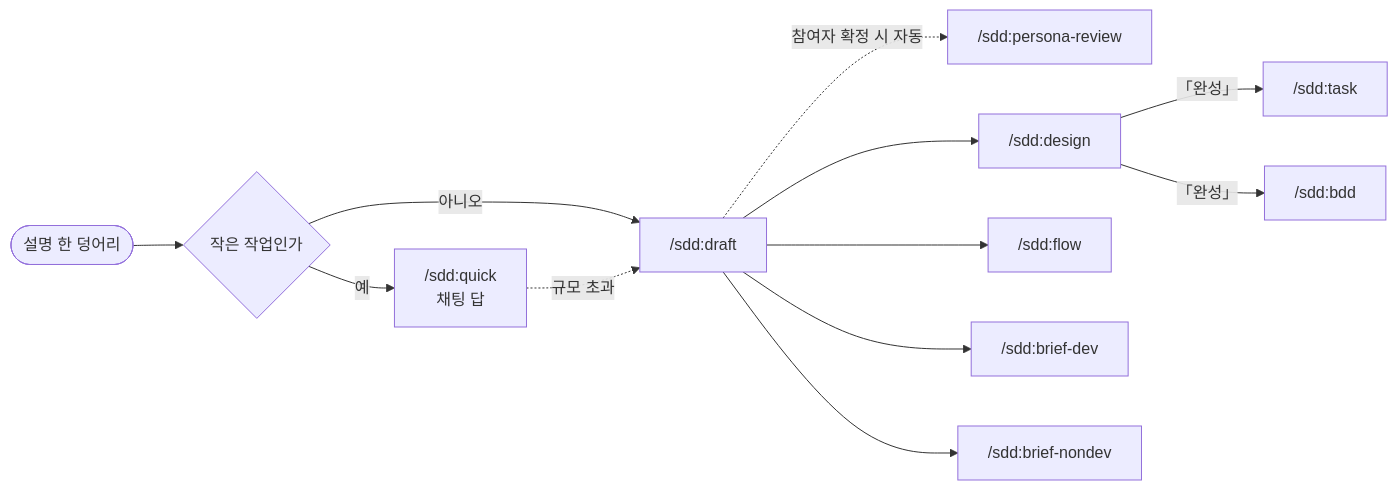
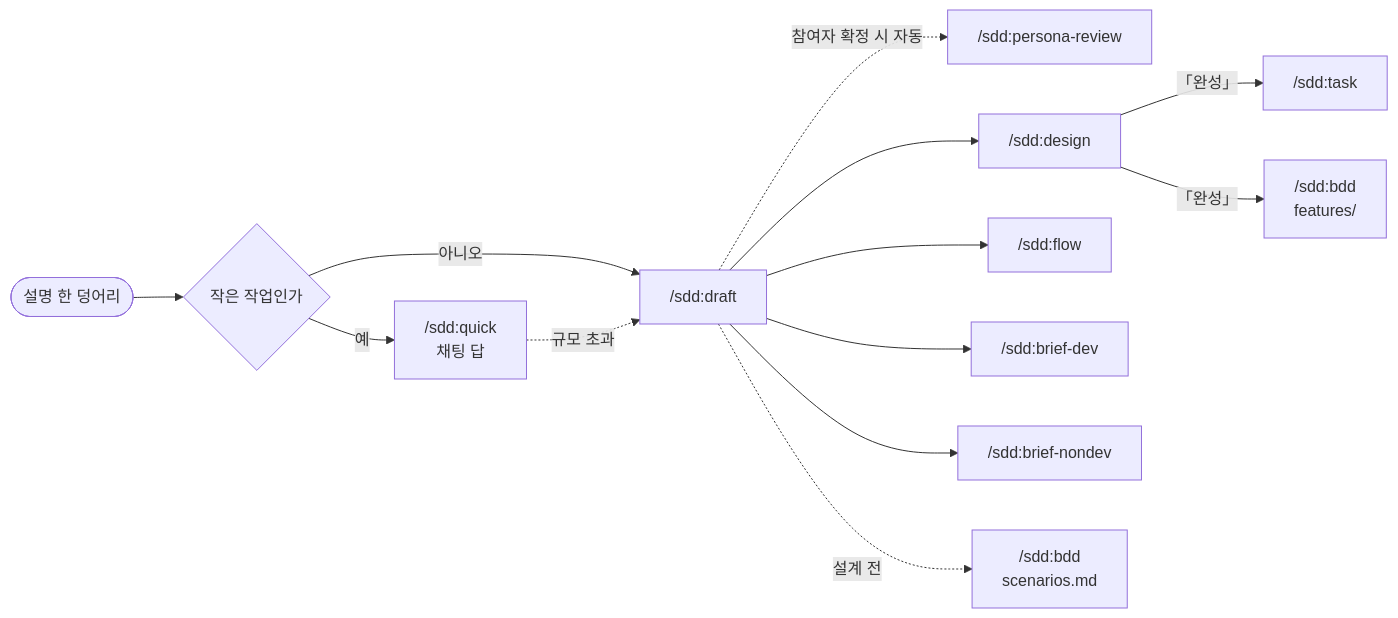
Before and after one commit to dorage/product-skills: the diagram in plugins/sdd/WORKFLOW.md, drawn with Mermaid. The commit also changed other lines of this file and 3 other files, not shown here.

Commit message:
docs(sdd):bdd 두 경로를 흐름 문서에 알리려고 0.9.0 갱신

````diff
--- a/plugins/sdd/WORKFLOW.md
+++ b/plugins/sdd/WORKFLOW.md
@@ -12,14 +12,15 @@
 ```mermaid
 flowchart LR
     start([설명 한 덩어리]) --> size{작은 작업인가}
     size -- 예 --> quick["/sdd:quick<br/>채팅 답"]
     size -- 아니오 --> draft["/sdd:draft"]
     draft -. 참여자 확정 시 자동 .-> review["/sdd:persona-review"]
     quick -. 규모 초과 .-> draft
     draft --> design["/sdd:design"]
     draft --> flow["/sdd:flow"]
     draft --> bdev["/sdd:brief-dev"]
     draft --> bnon["/sdd:brief-nondev"]
+    draft -. 설계 전 .-> bddp["/sdd:bdd<br/>scenarios.md"]
     design -- 「완성」 --> task["/sdd:task"]
-    design -- 「완성」 --> bdd["/sdd:bdd"]
+    design -- 「완성」 --> bdd["/sdd:bdd<br/>features/"]
 ```
````
